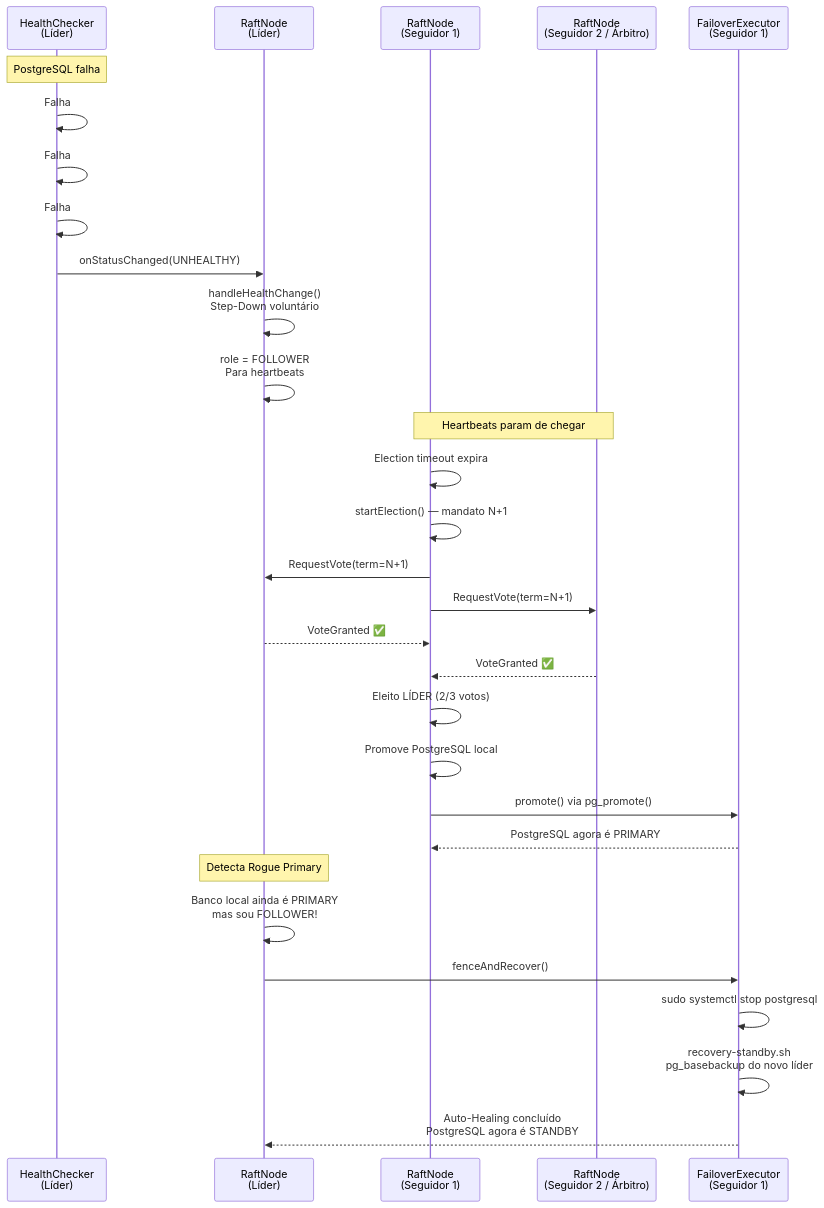
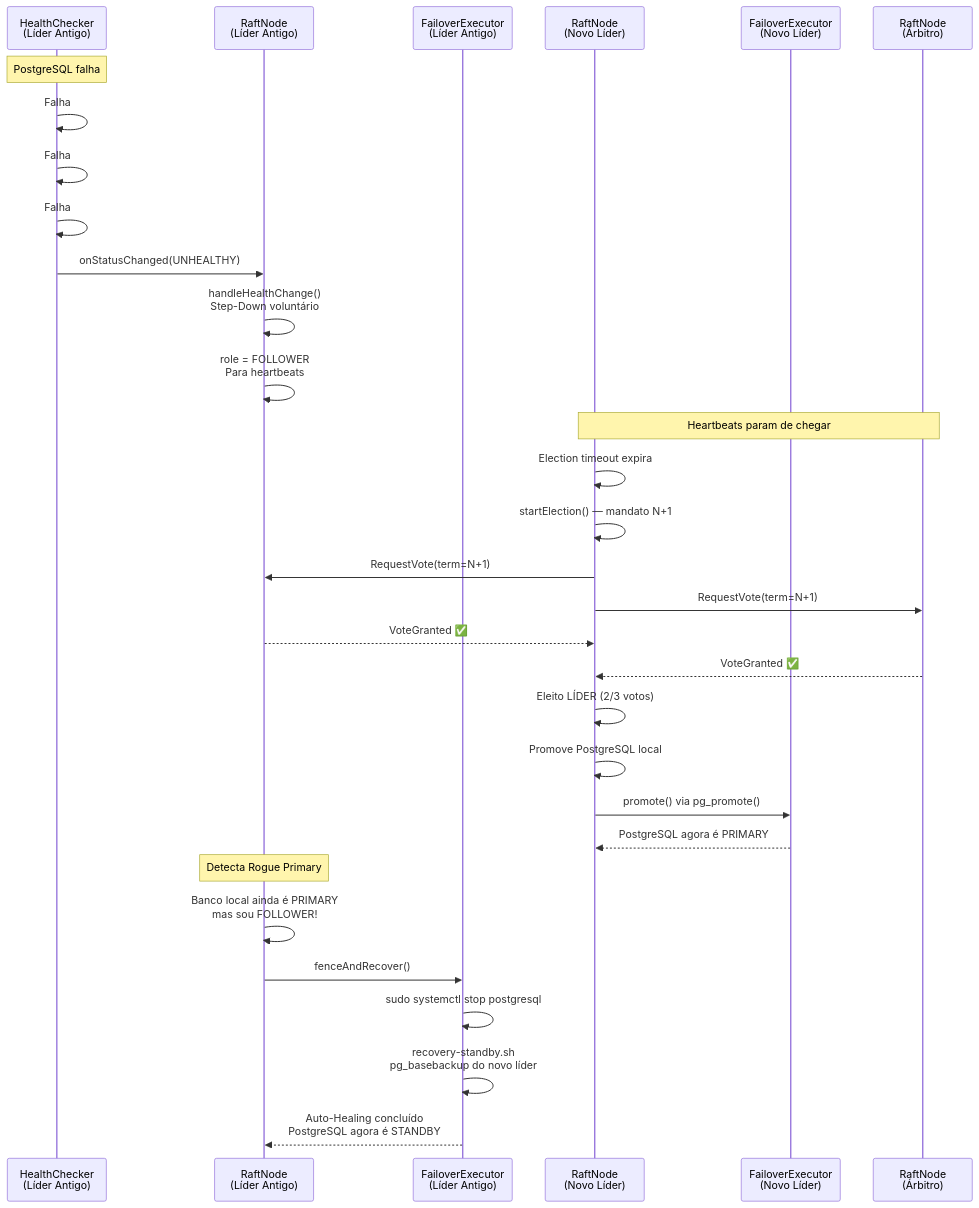
Before and after one commit to zero123gui/tcc: the second of 2 diagrams in docs/analise_completa_codebase.md, drawn with Mermaid. The commit also changed 3 other files, not shown here.

Commit message:
docs: add bibliographic review, architecture overview, codebase analysis, and initial references bibliography

````diff
--- a/docs/analise_completa_codebase.md
+++ b/docs/analise_completa_codebase.md
@@ -227,37 +227,38 @@
 ```mermaid
 sequenceDiagram
-    participant HC as HealthChecker<br/>(Líder)
-    participant RN as RaftNode<br/>(Líder)
-    participant F1 as RaftNode<br/>(Seguidor 1)
-    participant F2 as RaftNode<br/>(Seguidor 2 / Árbitro)
-    participant FE as FailoverExecutor<br/>(Seguidor 1)
+    participant HC as HealthChecker<br/>(Líder Antigo)
+    participant RN as RaftNode<br/>(Líder Antigo)
+    participant FE_RN as FailoverExecutor<br/>(Líder Antigo)
+    participant F1 as RaftNode<br/>(Novo Líder)
+    participant FE_F1 as FailoverExecutor<br/>(Novo Líder)
+    participant F2 as RaftNode<br/>(Árbitro)
     
     Note over HC: PostgreSQL falha
     HC->>HC: Falha #1 (3s)
     HC->>HC: Falha #2 (6s)
     HC->>HC: Falha #3 (9s) — UNHEALTHY!
     HC->>RN: onStatusChanged(UNHEALTHY)
     
     RN->>RN: handleHealthChange()<br/>Step-Down voluntário
     RN->>RN: role = FOLLOWER<br/>Para heartbeats
     
     Note over F1,F2: Heartbeats param de chegar
     F1->>F1: Election timeout expira
     F1->>F1: startElection() — mandato N+1
     F1->>RN: RequestVote(term=N+1)
     F1->>F2: RequestVote(term=N+1)
     RN-->>F1: VoteGranted ✅
     F2-->>F1: VoteGranted ✅
     
     F1->>F1: Eleito LÍDER (2/3 votos)
     F1->>F1: Promove PostgreSQL local
-    F1->>FE: promote() via pg_promote()
-    FE-->>F1: PostgreSQL agora é PRIMARY
+    F1->>FE_F1: promote() via pg_promote()
+    FE_F1-->>F1: PostgreSQL agora é PRIMARY
     
     Note over RN: Detecta Rogue Primary
     RN->>RN: Banco local ainda é PRIMARY<br/>mas sou FOLLOWER!
-    RN->>FE: fenceAndRecover()
-    FE->>FE: sudo systemctl stop postgresql
-    FE->>FE: recovery-standby.sh<br/>pg_basebackup do novo líder
-    FE-->>RN: Auto-Healing concluído<br/>PostgreSQL agora é STANDBY
+    RN->>FE_RN: fenceAndRecover()
+    FE_RN->>FE_RN: sudo systemctl stop postgresql
+    FE_RN->>FE_RN: recovery-standby.sh<br/>pg_basebackup do novo líder
+    FE_RN-->>RN: Auto-Healing concluído<br/>PostgreSQL agora é STANDBY
 ```
````
